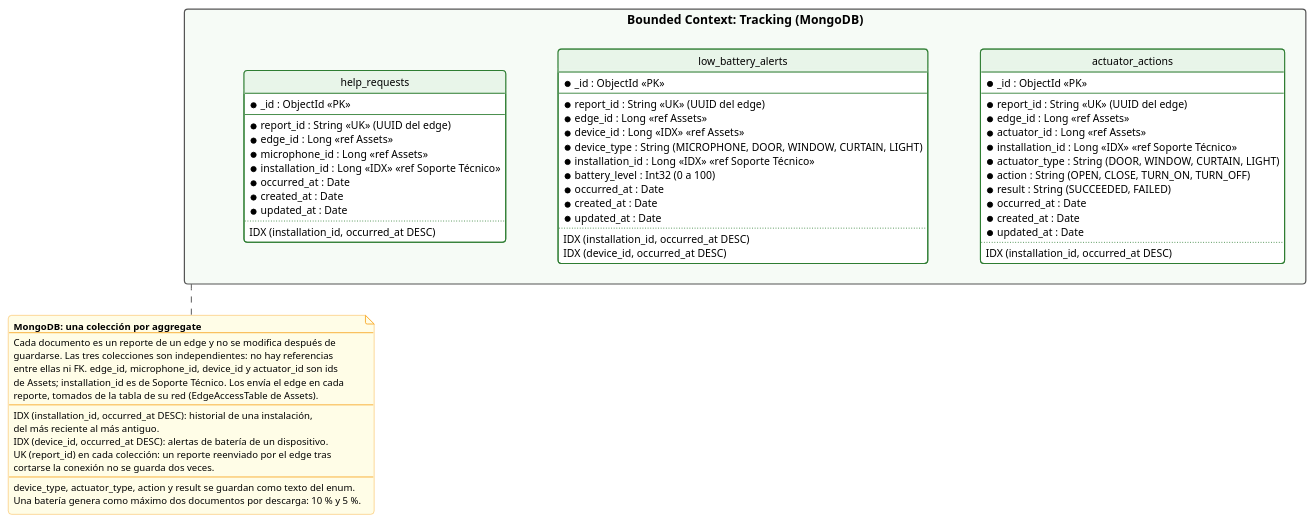
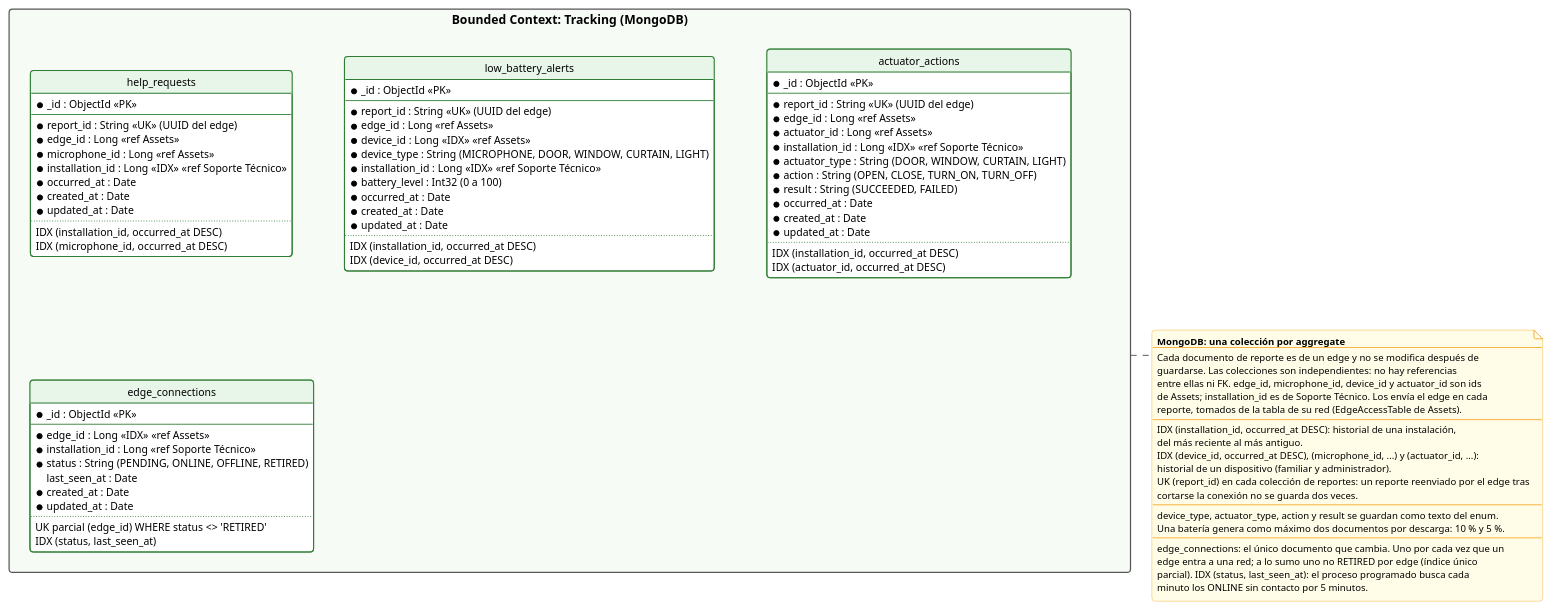
One commit to resolum/aliva-documentation changed the diagram in images/diagrams/code/tracking/tracking-database-diagram.puml. Above: the diagram before and after it, drawn with PlantUML. The commit also changed 6 other files, not shown here.

Commit message:
feat(diagrams): update database diagrams to include new fields for notifications, emails, and devices, enhancing tracking and management capabilities

```diff
--- a/images/diagrams/code/tracking/tracking-database-diagram.puml
+++ b/images/diagrams/code/tracking/tracking-database-diagram.puml
@@ -1,103 +1,126 @@
 @startuml
 hide circle
 skinparam packageStyle rectangle
 skinparam linetype ortho
 skinparam shadowing false
 skinparam roundCorner 8
 skinparam defaultFontName Arial
 skinparam defaultFontSize 12
 skinparam nodesep 60
 skinparam ranksep 60
 skinparam class {
   BackgroundColor #FFFFFF
   BorderColor #2E7D32
   BorderThickness 1.2
   HeaderBackgroundColor #E8F5E9
   ArrowColor #444444
 }
 skinparam package {
   BorderColor #555555
   FontStyle bold
   FontSize 14
   BorderThickness 1.4
 }
 skinparam note {
   BackgroundColor #FFFDE7
   BorderColor #F9A825
   FontSize 11
 }
 
 package "Bounded Context: Tracking (MongoDB)" as ctx_tracking #F6FBF6 {
 
   entity "help_requests" as help {
     * _id : ObjectId <<PK>>
     --
     * report_id : String <<UK>> (UUID del edge)
     * edge_id : Long <<ref Assets>>
     * microphone_id : Long <<ref Assets>>
     * installation_id : Long <<IDX>> <<ref Soporte Técnico>>
     * occurred_at : Date
     * created_at : Date
     * updated_at : Date
     ..
     IDX (installation_id, occurred_at DESC)
+    IDX (microphone_id, occurred_at DESC)
   }
 
   entity "low_battery_alerts" as battery {
     * _id : ObjectId <<PK>>
     --
     * report_id : String <<UK>> (UUID del edge)
     * edge_id : Long <<ref Assets>>
     * device_id : Long <<IDX>> <<ref Assets>>
     * device_type : String (MICROPHONE, DOOR, WINDOW, CURTAIN, LIGHT)
     * installation_id : Long <<IDX>> <<ref Soporte Técnico>>
     * battery_level : Int32 (0 a 100)
     * occurred_at : Date
     * created_at : Date
     * updated_at : Date
     ..
     IDX (installation_id, occurred_at DESC)
     IDX (device_id, occurred_at DESC)
   }
 
   entity "actuator_actions" as actions {
     * _id : ObjectId <<PK>>
     --
     * report_id : String <<UK>> (UUID del edge)
     * edge_id : Long <<ref Assets>>
     * actuator_id : Long <<ref Assets>>
     * installation_id : Long <<IDX>> <<ref Soporte Técnico>>
     * actuator_type : String (DOOR, WINDOW, CURTAIN, LIGHT)
     * action : String (OPEN, CLOSE, TURN_ON, TURN_OFF)
     * result : String (SUCCEEDED, FAILED)
     * occurred_at : Date
     * created_at : Date
     * updated_at : Date
     ..
     IDX (installation_id, occurred_at DESC)
+    IDX (actuator_id, occurred_at DESC)
+  }
+
+  entity "edge_connections" as connections {
+    * _id : ObjectId <<PK>>
+    --
+    * edge_id : Long <<IDX>> <<ref Assets>>
+    * installation_id : Long <<ref Soporte Técnico>>
+    * status : String (PENDING, ONLINE, OFFLINE, RETIRED)
+    last_seen_at : Date
+    * created_at : Date
+    * updated_at : Date
+    ..
+    UK parcial (edge_id) WHERE status <> 'RETIRED'
+    IDX (status, last_seen_at)
   }
 }
 
 note bottom of ctx_tracking
   <b>MongoDB: una colección por aggregate</b>
   --
-  Cada documento es un reporte de un edge y no se modifica después de
-  guardarse. Las tres colecciones son independientes: no hay referencias
+  Cada documento de reporte es de un edge y no se modifica después de
+  guardarse. Las colecciones son independientes: no hay referencias
   entre ellas ni FK. edge_id, microphone_id, device_id y actuator_id son ids
   de Assets; installation_id es de Soporte Técnico. Los envía el edge en cada
   reporte, tomados de la tabla de su red (EdgeAccessTable de Assets).
   --
   IDX (installation_id, occurred_at DESC): historial de una instalación,
   del más reciente al más antiguo.
-  IDX (device_id, occurred_at DESC): alertas de batería de un dispositivo.
-  UK (report_id) en cada colección: un reporte reenviado por el edge tras
+  IDX (device_id, occurred_at DESC), (microphone_id, ...) y (actuator_id, ...):
+  historial de un dispositivo (familiar y administrador).
+  UK (report_id) en cada colección de reportes: un reporte reenviado por el edge tras
   cortarse la conexión no se guarda dos veces.
   --
   device_type, actuator_type, action y result se guardan como texto del enum.
   Una batería genera como máximo dos documentos por descarga: 10 % y 5 %.
+  --
+  edge_connections: el único documento que cambia. Uno por cada vez que un
+  edge entra a una red; a lo sumo uno no RETIRED por edge (índice único
+  parcial). IDX (status, last_seen_at): el proceso programado busca cada
+  minuto los ONLINE sin contacto por 5 minutos.
 end note
 
 help -[hidden]right- battery
 battery -[hidden]right- actions
+help -[hidden]down- connections
 
 @enduml
```
